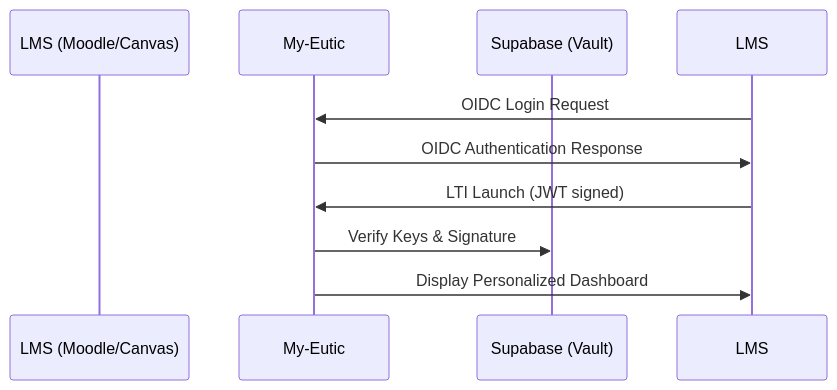
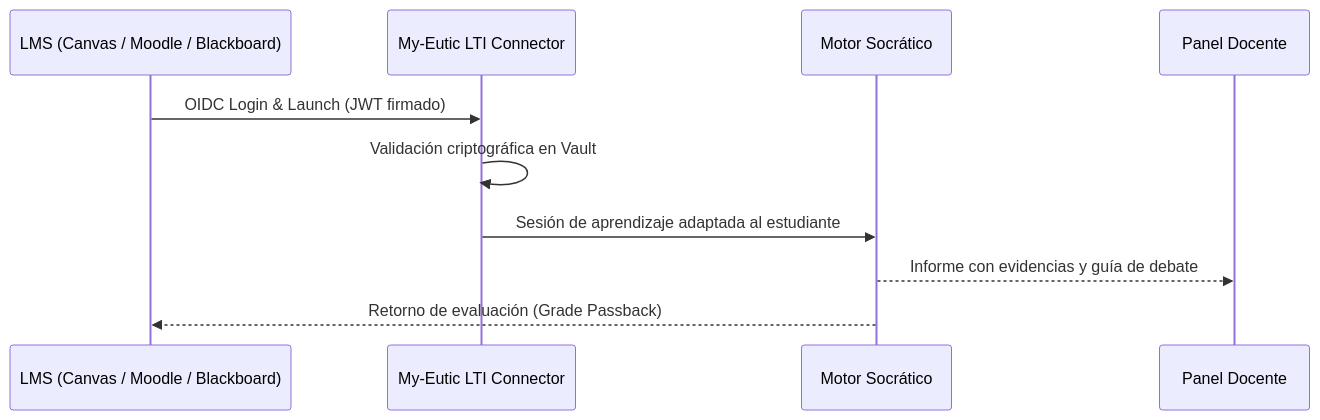
The diagram in README.md (BSanroma/my-eutic-docs), drawn with Mermaid before and after one commit. The commit also changed other lines of this file and 7 other files, not shown here.

````diff
--- a/README.md
+++ b/README.md
@@ -48,12 +64,13 @@
 ```mermaid
 sequenceDiagram
-    participant LMS (Moodle/Canvas)
-    participant My-Eutic
-    participant Supabase (Vault)
-    
-    LMS->>My-Eutic: OIDC Login Request
-    My-Eutic->>LMS: OIDC Authentication Response
-    LMS->>My-Eutic: LTI Launch (JWT signed)
-    My-Eutic->>Supabase (Vault): Verify Keys & Signature
-    My-Eutic->>LMS: Display Personalized Dashboard
+    participant LMS as LMS (Canvas / Moodle / Blackboard)
+    participant Edge as My-Eutic LTI Connector
+    participant Engine as Motor Socrático
+    participant Docente as Panel Docente
+
+    LMS->>Edge: OIDC Login & Launch (JWT firmado)
+    Edge->>Edge: Validación criptográfica en Vault
+    Edge->>Engine: Sesión de aprendizaje adaptada al estudiante
+    Engine-->>Docente: Informe con evidencias y guía de debate
+    Engine-->>LMS: Retorno de evaluación (Grade Passback)
 ```
````
